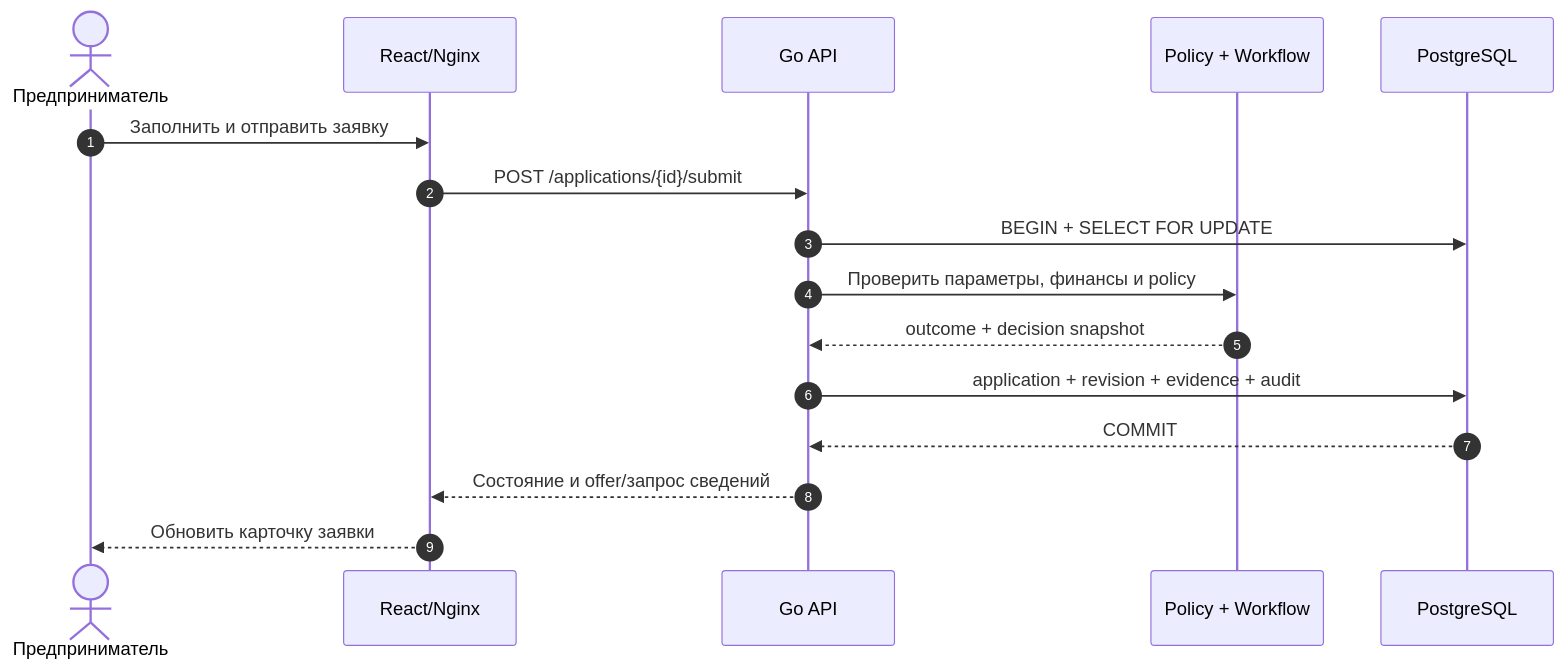
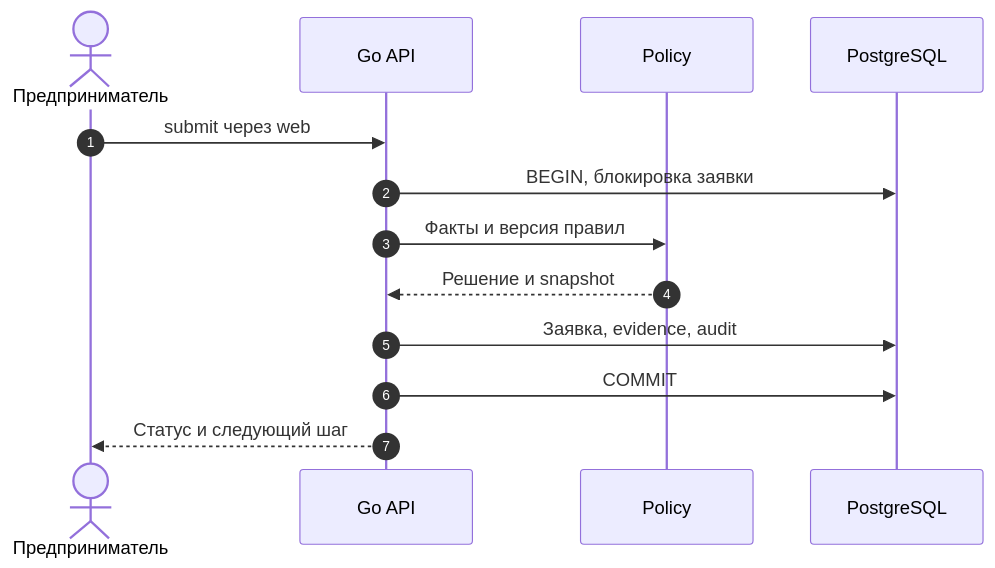
Before and after one commit to NIDJEL/alfa-flow: the third of 3 diagrams in docs/ARCHITECTURE.md, drawn with Mermaid. The commit also changed other lines of this file and 10 other files, not shown here.

````diff
--- a/docs/ARCHITECTURE.md
+++ b/docs/ARCHITECTURE.md
@@ -56,19 +53,16 @@
 ```mermaid
 sequenceDiagram
     autonumber
     actor C as Предприниматель
-    participant W as React/Nginx
     participant A as Go API
-    participant P as Policy + Workflow
+    participant P as Policy
     participant D as PostgreSQL
 
-    C->>W: Заполнить и отправить заявку
-    W->>A: POST /applications/{id}/submit
-    A->>D: BEGIN + SELECT FOR UPDATE
-    A->>P: Проверить параметры, финансы и policy
-    P-->>A: outcome + decision snapshot
-    A->>D: application + revision + evidence + audit
-    D-->>A: COMMIT
-    A-->>W: Состояние и offer/запрос сведений
-    W-->>C: Обновить карточку заявки
+    C->>A: submit через web
+    A->>D: BEGIN, блокировка заявки
+    A->>P: Факты и версия правил
+    P-->>A: Решение и snapshot
+    A->>D: Заявка, evidence, audit
+    A->>D: COMMIT
+    A-->>C: Статус и следующий шаг
 ```
````
